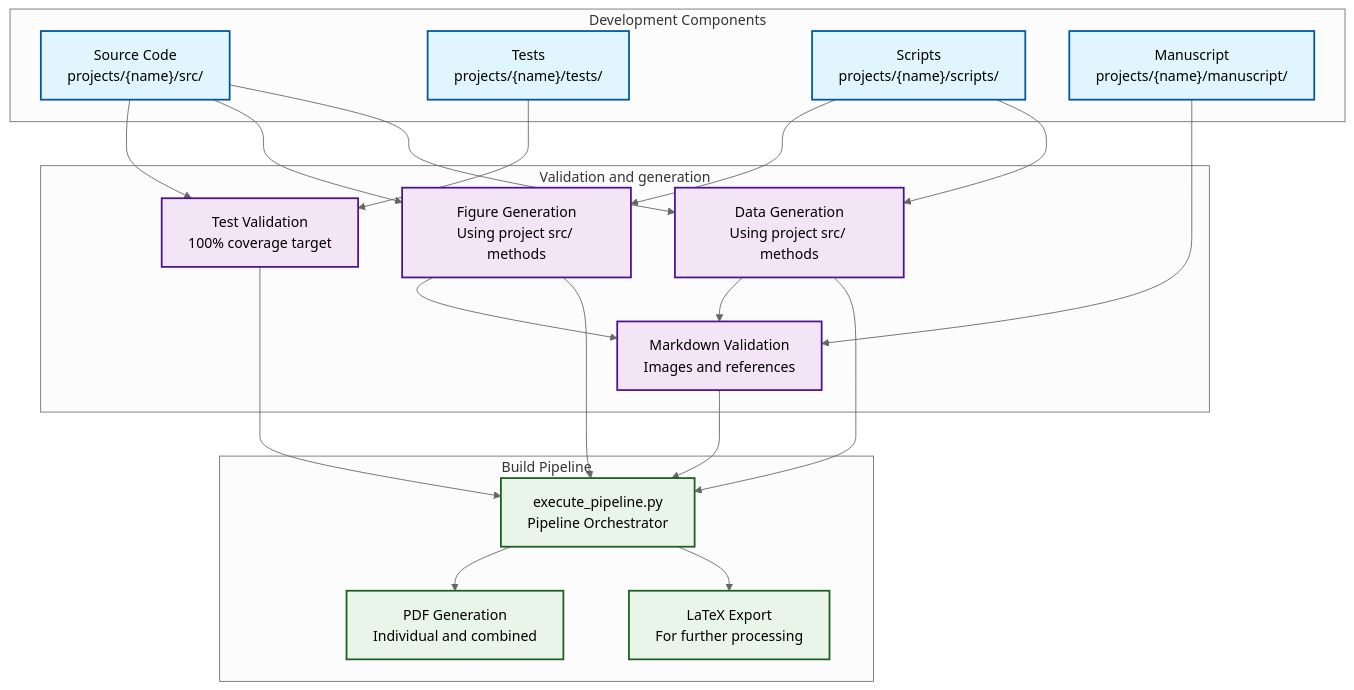
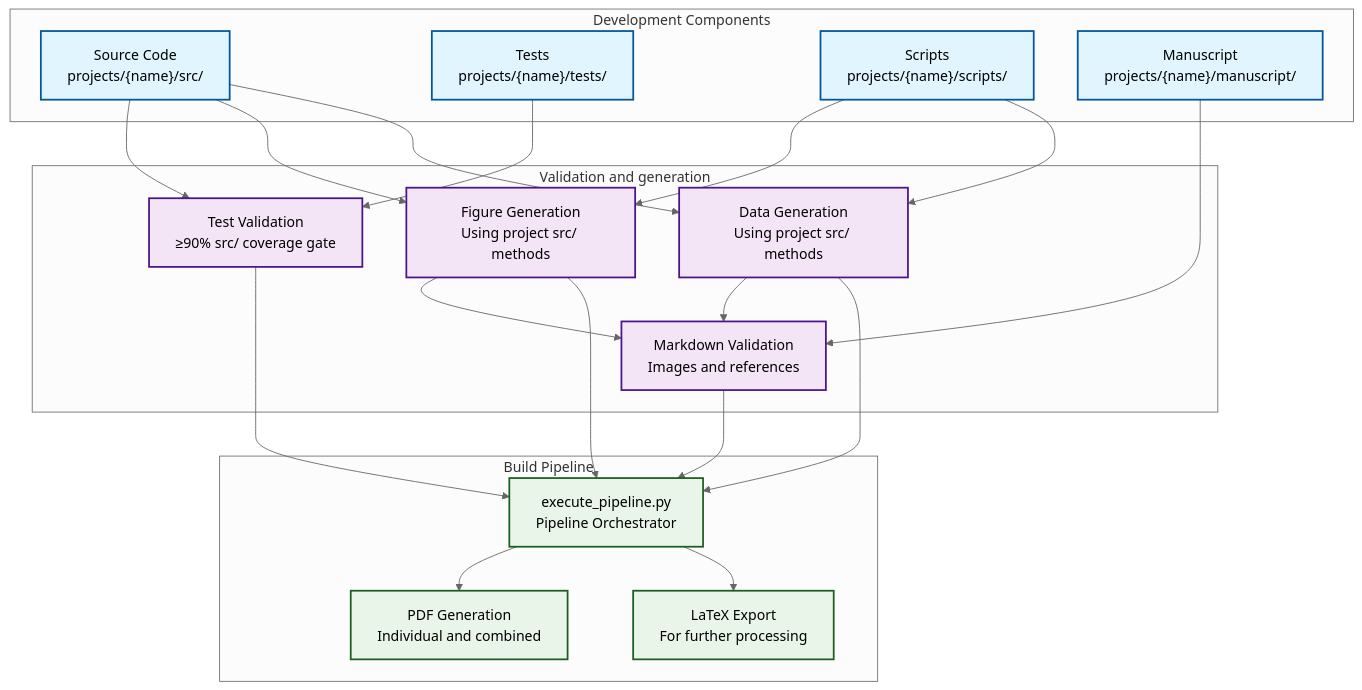
Before and after one commit to docxology/template: the first of 4 diagrams in docs/core/workflow.md, drawn with Mermaid (neutral theme). The commit also changed other lines of this file and 424 other files, not shown here.

````diff
--- a/docs/core/workflow.md
+++ b/docs/core/workflow.md
@@ -27,48 +27,48 @@
 ```mermaid
 graph TB
     subgraph DEV["Development Components"]
         SRC["Source Code<br/>projects/{name}/src/"]
         TESTS["Tests<br/>projects/{name}/tests/"]
         SCRIPTS["Scripts<br/>projects/{name}/scripts/"]
         MANUSCRIPT["Manuscript<br/>projects/{name}/manuscript/"]
     end
 
     subgraph VALGEN["Validation and generation"]
-        VALIDATION["Test Validation<br/>100% coverage target"]
+        VALIDATION["Test Validation<br/>≥90% src/ coverage gate"]
         FIGURES["Figure Generation<br/>Using project src/ methods"]
         DATA["Data Generation<br/>Using project src/ methods"]
         MARKDOWN_VAL["Markdown Validation<br/>Images and references"]
     end
 
     subgraph PIPE["Build Pipeline"]
         RENDER["execute_pipeline.py<br/>Pipeline Orchestrator"]
         PDFS["PDF Generation<br/>Individual and combined"]
         LATEX["LaTeX Export<br/>For further processing"]
     end
 
     SRC --> VALIDATION
     TESTS --> VALIDATION
     SRC --> FIGURES
     SRC --> DATA
     SCRIPTS --> FIGURES
     SCRIPTS --> DATA
     MANUSCRIPT --> MARKDOWN_VAL
     FIGURES --> MARKDOWN_VAL
     DATA --> MARKDOWN_VAL
 
     VALIDATION --> RENDER
     FIGURES --> RENDER
     DATA --> RENDER
     MARKDOWN_VAL --> RENDER
 
     RENDER --> PDFS
     RENDER --> LATEX
 
     classDef component fill:#e1f5fe,stroke:#01579b,stroke-width:2px
     classDef validation fill:#f3e5f5,stroke:#4a148c,stroke-width:2px
     classDef pipeline fill:#e8f5e8,stroke:#1b5e20,stroke-width:2px
 
     class SRC,TESTS,SCRIPTS,MANUSCRIPT component
     class VALIDATION,FIGURES,DATA,MARKDOWN_VAL validation
     class RENDER,PDFS,LATEX pipeline
 ```
````
